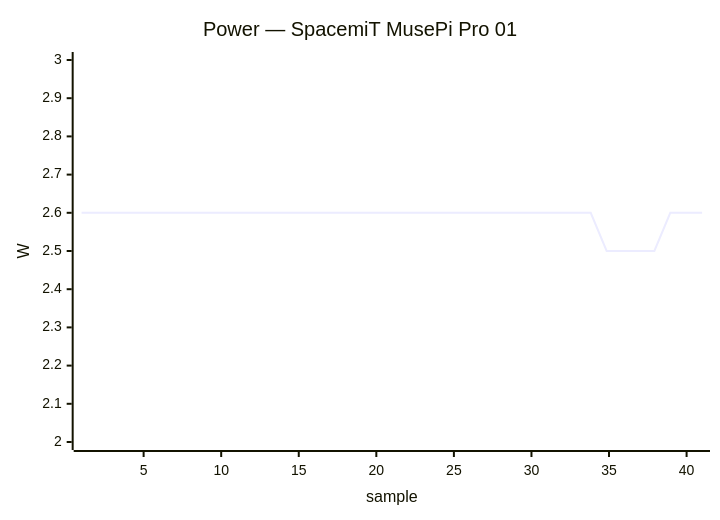
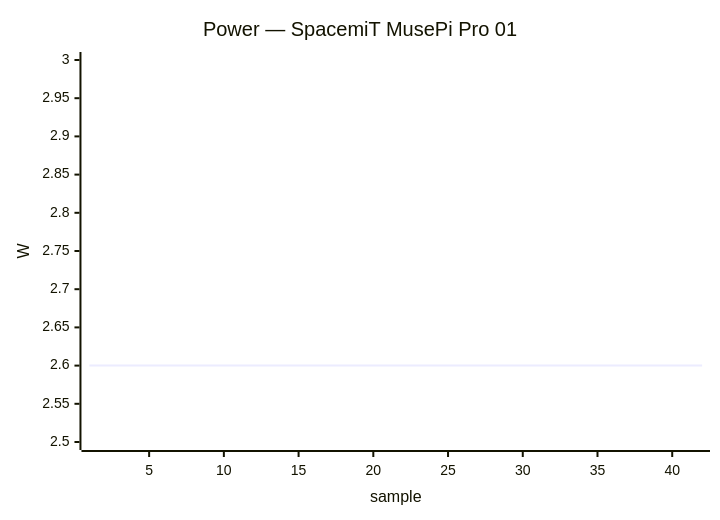
Before and after one commit to armbian/documentation: diagram 15 of 34 in docs/status/board-tests.md, drawn with Mermaid. The commit also changed other lines of this file, not shown here.

````diff
--- a/docs/status/board-tests.md
+++ b/docs/status/board-tests.md
@@ -740,7 +755,7 @@
 ```mermaid
 xychart-beta
     title "Power — SpacemiT MusePi Pro 01"
-    x-axis "sample" 1 --> 41
-    y-axis "W" 2.0 --> 3.0
-    line [2.60, 2.60, 2.60, 2.60, 2.60, 2.60, 2.60, 2.60, 2.60, 2.60, 2.60, 2.60, 2.60, 2.60, 2.60, 2.60, 2.60, 2.60, 2.60, 2.60, 2.60, 2.60, 2.60, 2.60, 2.60, 2.60, 2.60, 2.60, 2.60, 2.60, 2.60, 2.60, 2.60, 2.50, 2.50, 2.50, 2.50, 2.60, 2.60, 2.60]
+    x-axis "sample" 1 --> 42
+    y-axis "W" 2.5 --> 3.0
+    line [2.60, 2.60, 2.60, 2.60, 2.60, 2.60, 2.60, 2.60, 2.60, 2.60, 2.60, 2.60, 2.60, 2.60, 2.60, 2.60, 2.60, 2.60, 2.60, 2.60, 2.60, 2.60, 2.60, 2.60, 2.60, 2.60, 2.60, 2.60, 2.60, 2.60, 2.60, 2.60, 2.60, 2.60, 2.60, 2.60, 2.60, 2.60, 2.60, 2.60]
 ```
````
